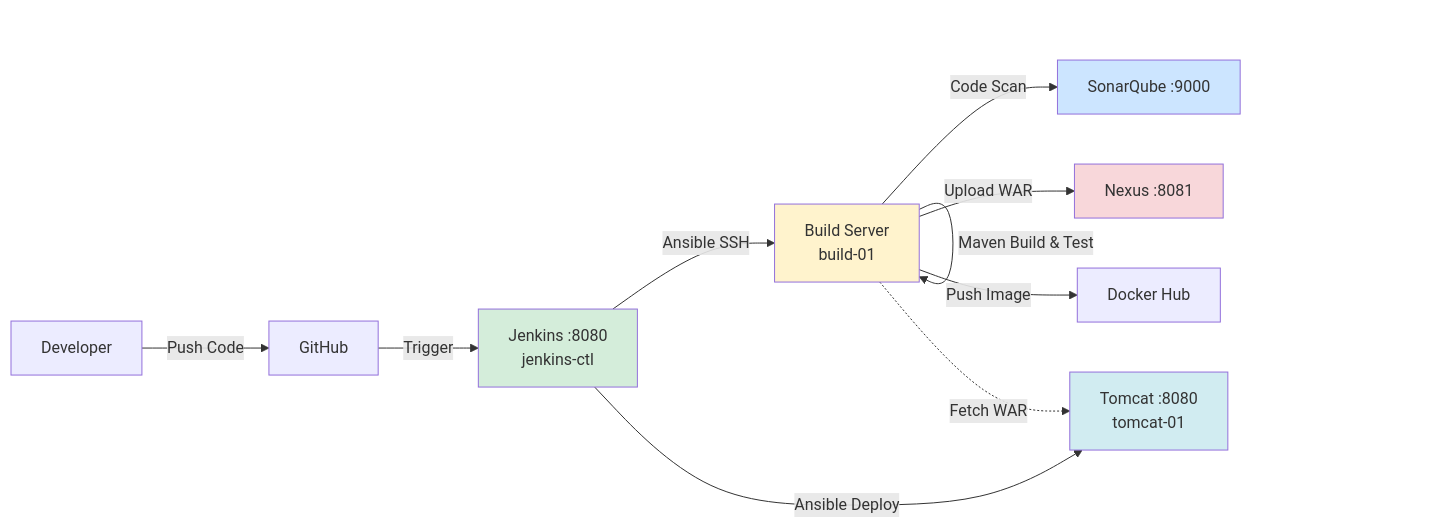
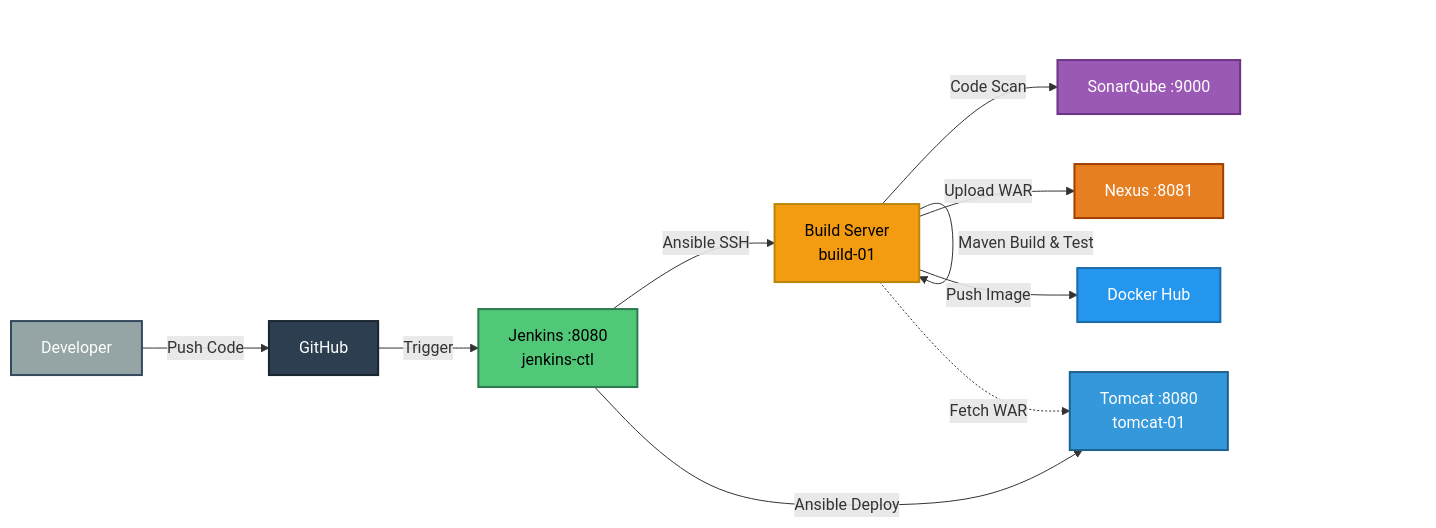
The second of 2 diagrams in README.md (ashuvee/28nov-ansible-playbooks), drawn with Mermaid before and after one commit. The commit also changed other lines of this file, not shown here.

````diff
--- a/README.md
+++ b/README.md
@@ -41,21 +41,24 @@
 ```mermaid
 graph LR
     DEV[Developer] -->|Push Code| GH[GitHub]
     GH -->|Trigger| J[Jenkins :8080<br/>jenkins-ctl]
     
     J -->|Ansible SSH| B[Build Server<br/>build-01]
     
     B -->|Maven Build & Test| B
     B -->|Code Scan| S[SonarQube :9000]
     B -->|Upload WAR| N[Nexus :8081]
     B -->|Push Image| DH[Docker Hub]
     
     J -->|Ansible Deploy| T[Tomcat :8080<br/>tomcat-01]
     B -.->|Fetch WAR| T
 
-    style J fill:#d4edda
-    style B fill:#fff3cd
-    style S fill:#cce5ff
-    style N fill:#f8d7da
-    style T fill:#d1ecf1
+    style DEV fill:#95A5A6,stroke:#34495E,stroke-width:2px,color:#fff
+    style GH fill:#2C3E50,stroke:#1A252F,stroke-width:2px,color:#fff
+    style J fill:#50C878,stroke:#2D7A4F,stroke-width:2px,color:#000
+    style B fill:#F39C12,stroke:#B8860B,stroke-width:2px,color:#000
+    style S fill:#9B59B6,stroke:#6C3483,stroke-width:2px,color:#fff
+    style N fill:#E67E22,stroke:#A04000,stroke-width:2px,color:#fff
+    style DH fill:#2496ED,stroke:#1A6BA8,stroke-width:2px,color:#fff
+    style T fill:#3498DB,stroke:#1F618D,stroke-width:2px,color:#fff
 ```
````
